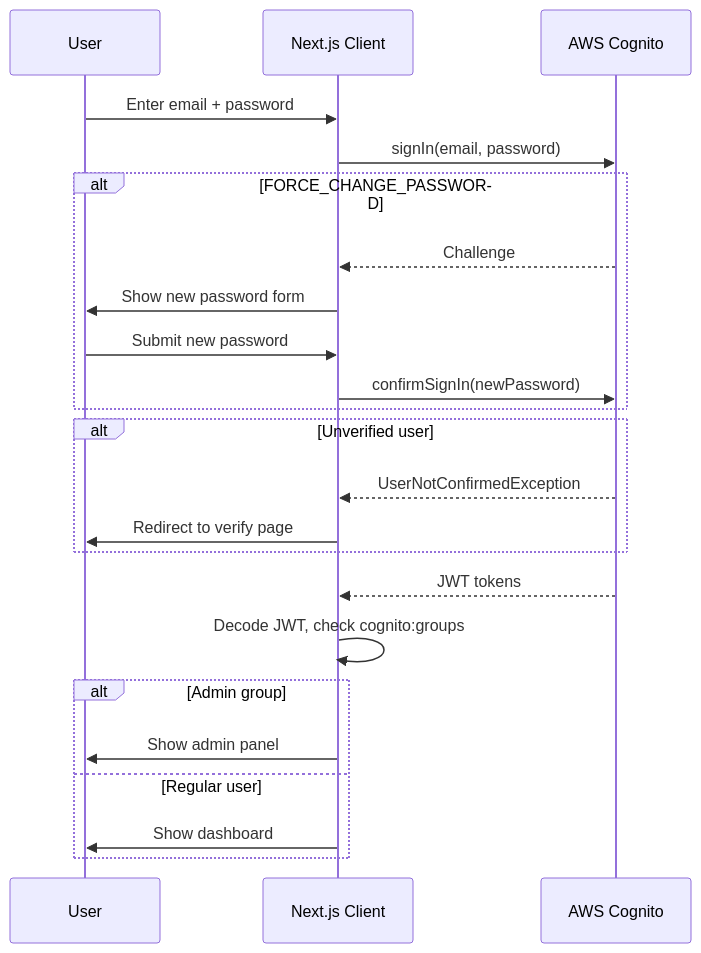
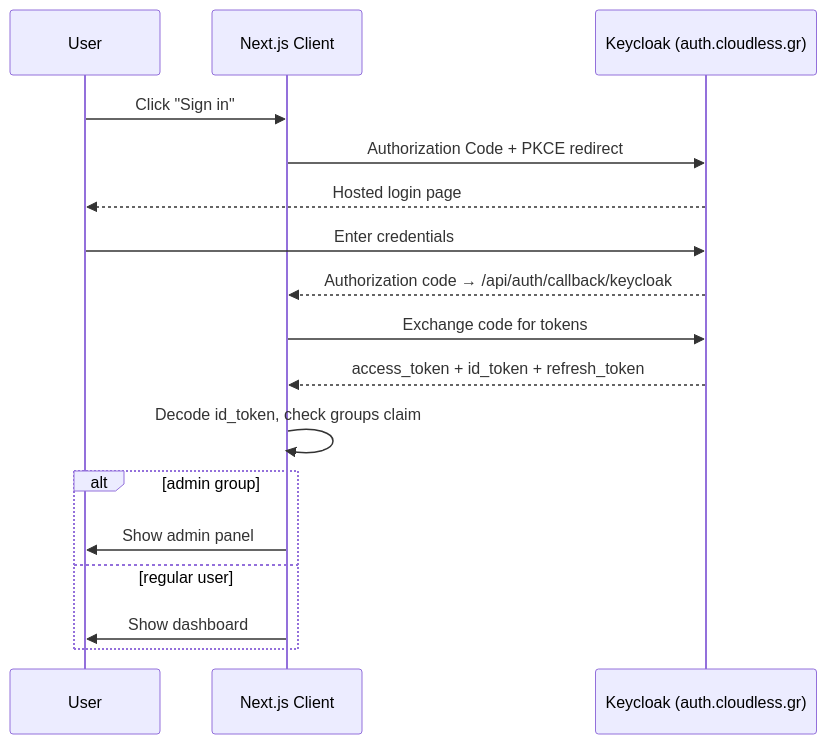
One commit to Themis128/cloudless.gr changed the first of 4 diagrams in README.md. Above: the diagram before and after it, drawn with Mermaid. The commit also changed other lines of this file and 1 other file, not shown here.

First line of the commit message:
docs: update README and ARCHITECTURE for Keycloak + next-auth migration

````diff
--- a/README.md
+++ b/README.md
@@ -24,26 +24,20 @@
 ```mermaid
 sequenceDiagram
     participant U as User
     participant App as Next.js Client
-    participant Cognito as AWS Cognito
+    participant KC as Keycloak (auth.cloudless.gr)
 
-    U->>App: Enter email + password
-    App->>Cognito: signIn(email, password)
-    alt FORCE_CHANGE_PASSWORD
-        Cognito-->>App: Challenge
-        App->>U: Show new password form
-        U->>App: Submit new password
-        App->>Cognito: confirmSignIn(newPassword)
-    end
-    alt Unverified user
-        Cognito-->>App: UserNotConfirmedException
-        App->>U: Redirect to verify page
-    end
-    Cognito-->>App: JWT tokens
-    App->>App: Decode JWT, check cognito:groups
-    alt Admin group
+    U->>App: Click "Sign in"
+    App->>KC: Authorization Code + PKCE redirect
+    KC-->>U: Hosted login page
+    U->>KC: Enter credentials
+    KC-->>App: Authorization code → /api/auth/callback/keycloak
+    App->>KC: Exchange code for tokens
+    KC-->>App: access_token + id_token + refresh_token
+    App->>App: Decode id_token, check groups claim
+    alt admin group
         App->>U: Show admin panel
-    else Regular user
+    else regular user
         App->>U: Show dashboard
     end
 ```
````
